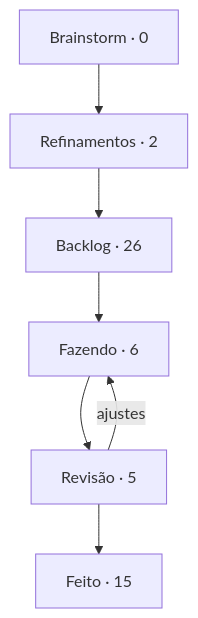
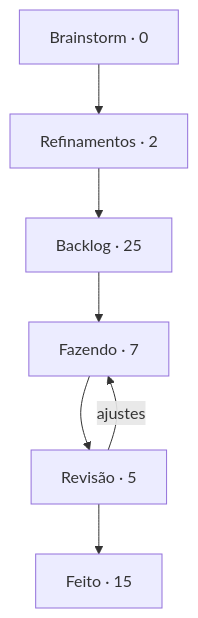
Before and after one commit to StudioVibi/VibiKanban: the diagram in boards/dungeon-bend/BOARD.md, drawn with Mermaid. The commit also changed other lines of this file and 1 other file, not shown here.

Commit message:
board: DB-8 Backlog → Fazendo (@Leon-nis)

````diff
--- a/boards/dungeon-bend/BOARD.md
+++ b/boards/dungeon-bend/BOARD.md
@@ -5,12 +5,12 @@
 ```mermaid
 flowchart TD
   brainstorm["Brainstorm · 0"] --> refinamentos["Refinamentos · 2"]
-  refinamentos --> backlog["Backlog · 26"]
-  backlog --> doing["Fazendo · 6"]
+  refinamentos --> backlog["Backlog · 25"]
+  backlog --> doing["Fazendo · 7"]
   doing --> review["Revisão · 5"]
   review --> done["Feito · 15"]
   review -->|ajustes| doing
   doing:::blue
   review:::yellow
   done:::green
 ```
````
